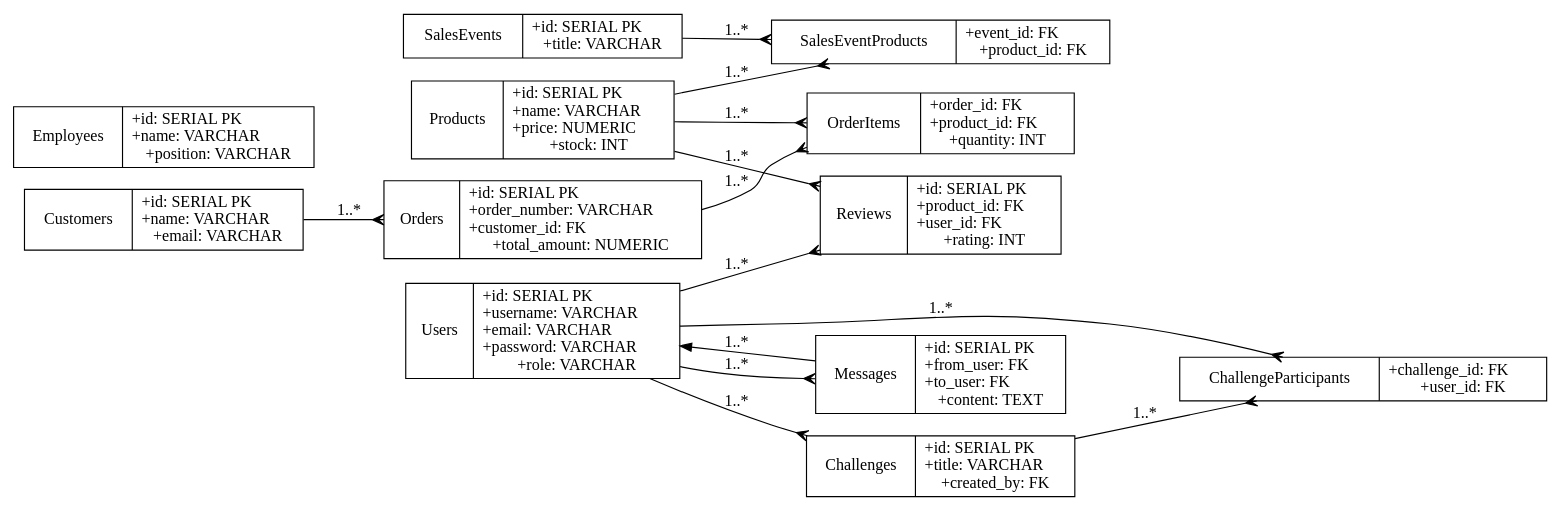
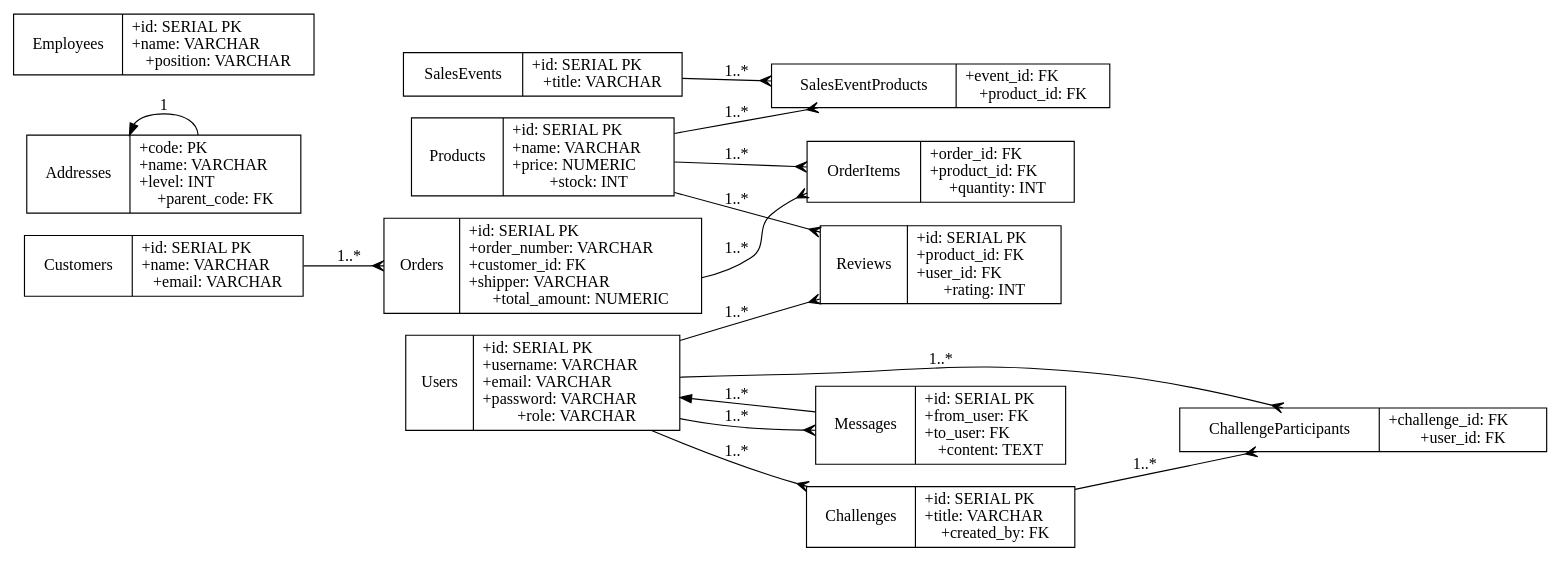
One commit to PhiHungVo00/Do_An_Cong_Nghe_Phan_Mem changed the diagram in database/docs/ERD.dot. Above: the diagram before and after it, drawn with Graphviz. The commit also changed 3 other files, not shown here.

Commit message:
database: add addresses table and shipper fields

```diff
--- a/database/docs/ERD.dot
+++ b/database/docs/ERD.dot
@@ -1,29 +1,31 @@
 digraph ERD {
   rankdir=LR;
   node [shape=record];
   Users [label="{Users|+id: SERIAL PK\l+username: VARCHAR\l+email: VARCHAR\l+password: VARCHAR\l+role: VARCHAR}"];
   Products [label="{Products|+id: SERIAL PK\l+name: VARCHAR\l+price: NUMERIC\l+stock: INT}"];
   Customers [label="{Customers|+id: SERIAL PK\l+name: VARCHAR\l+email: VARCHAR}"];
-  Orders [label="{Orders|+id: SERIAL PK\l+order_number: VARCHAR\l+customer_id: FK\l+total_amount: NUMERIC}"];
+  Orders [label="{Orders|+id: SERIAL PK\l+order_number: VARCHAR\l+customer_id: FK\l+shipper: VARCHAR\l+total_amount: NUMERIC}"];
+  Addresses [label="{Addresses|+code: PK\l+name: VARCHAR\l+level: INT\l+parent_code: FK}"];
   OrderItems [label="{OrderItems|+order_id: FK\l+product_id: FK\l+quantity: INT}"];
   Reviews [label="{Reviews|+id: SERIAL PK\l+product_id: FK\l+user_id: FK\l+rating: INT}"];
   SalesEvents [label="{SalesEvents|+id: SERIAL PK\l+title: VARCHAR}"];
   SalesEventProducts [label="{SalesEventProducts|+event_id: FK\l+product_id: FK}"];
   Challenges [label="{Challenges|+id: SERIAL PK\l+title: VARCHAR\l+created_by: FK}"];
   ChallengeParticipants [label="{ChallengeParticipants|+challenge_id: FK\l+user_id: FK}"];
   Employees [label="{Employees|+id: SERIAL PK\l+name: VARCHAR\l+position: VARCHAR}"];
   Messages [label="{Messages|+id: SERIAL PK\l+from_user: FK\l+to_user: FK\l+content: TEXT}"];
 
   Customers -> Orders [label="1..*", arrowhead=crow];
   Orders -> OrderItems [label="1..*", arrowhead=crow];
   Products -> OrderItems [label="1..*", arrowhead=crow];
   Products -> Reviews [label="1..*", arrowhead=crow];
   Users -> Reviews [label="1..*", arrowhead=crow];
   Users -> Messages [label="1..*", arrowhead=crow];
   Users -> Messages [label="1..*", dir=back];
+  Addresses -> Addresses [label="1", dir=back, arrowhead=crow];
   SalesEvents -> SalesEventProducts [label="1..*", arrowhead=crow];
   Products -> SalesEventProducts [label="1..*", arrowhead=crow];
   Users -> Challenges [label="1..*", arrowhead=crow];
   Challenges -> ChallengeParticipants [label="1..*", arrowhead=crow];
   Users -> ChallengeParticipants [label="1..*", arrowhead=crow];
 }
```
